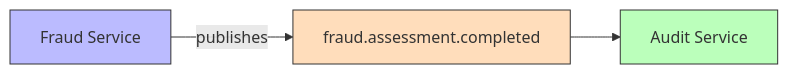
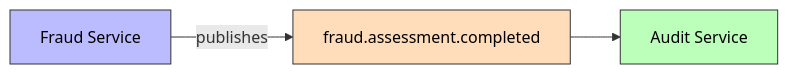
Before and after one commit to AlexAlvarezGallardo-GitHub/Aegis: the first of 2 diagrams in docs/obsidian/03 - Domain Events/FraudAssessmentCompleted.md, drawn with Mermaid. The commit also changed 26 other files, not shown here.

Commit message:
docs(infra): add color to mermaid nodes for dark mode readability

````diff
--- a/docs/obsidian/03 - Domain Events/FraudAssessmentCompleted.md
+++ b/docs/obsidian/03 - Domain Events/FraudAssessmentCompleted.md
@@ -14,8 +14,8 @@
 ```mermaid
 graph LR
     Fraud[Fraud Service] -->|publishes| Topic[fraud.assessment.completed]
     Topic --> Audit[Audit Service]
-    style Fraud fill:#bbf,stroke:#333
-    style Topic fill:#fdb,stroke:#333
-    style Audit fill:#bfb,stroke:#333
+    style Fraud fill:#bbf,stroke:#333,color:#000
+    style Topic fill:#fdb,stroke:#333,color:#000
+    style Audit fill:#bfb,stroke:#333,color:#000
 ```
````
